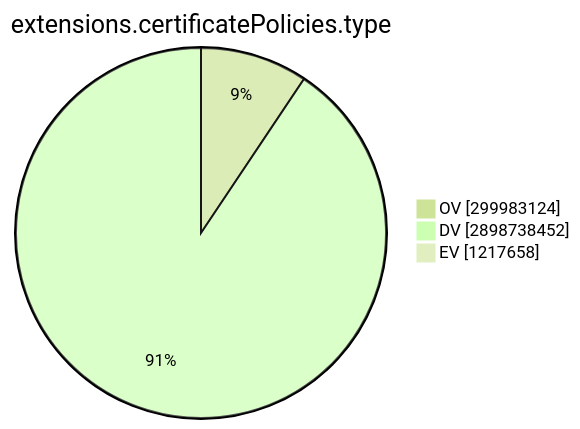
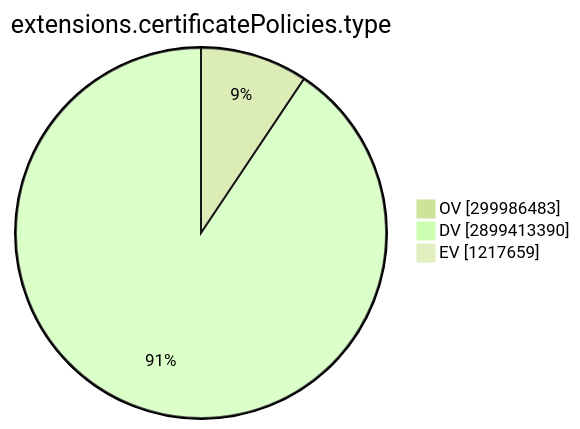
The ninth of 15 diagrams in TOTAL/README.md (christiankrug/ctmonitor_visualization), drawn with Mermaid (forest theme) before and after one commit. The commit also changed other lines of this file, not shown here.

````diff
--- a/TOTAL/README.md
+++ b/TOTAL/README.md
@@ -3101,7 +3101,7 @@
 ```mermaid
 pie showData
 title extensions.certificatePolicies.type
-"OV" :299983124
-"DV" :2898738452
-"EV" :1217658
+"OV" :299986483
+"DV" :2899413390
+"EV" :1217659
 ```
````
